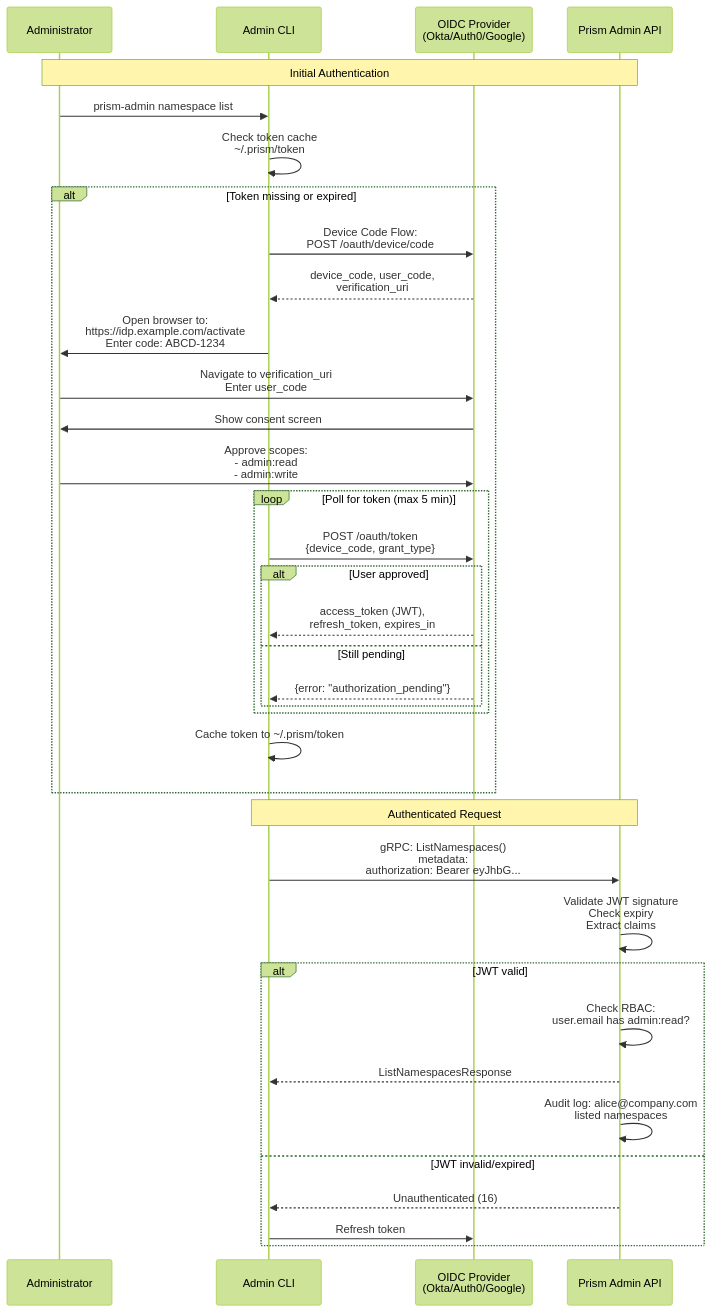
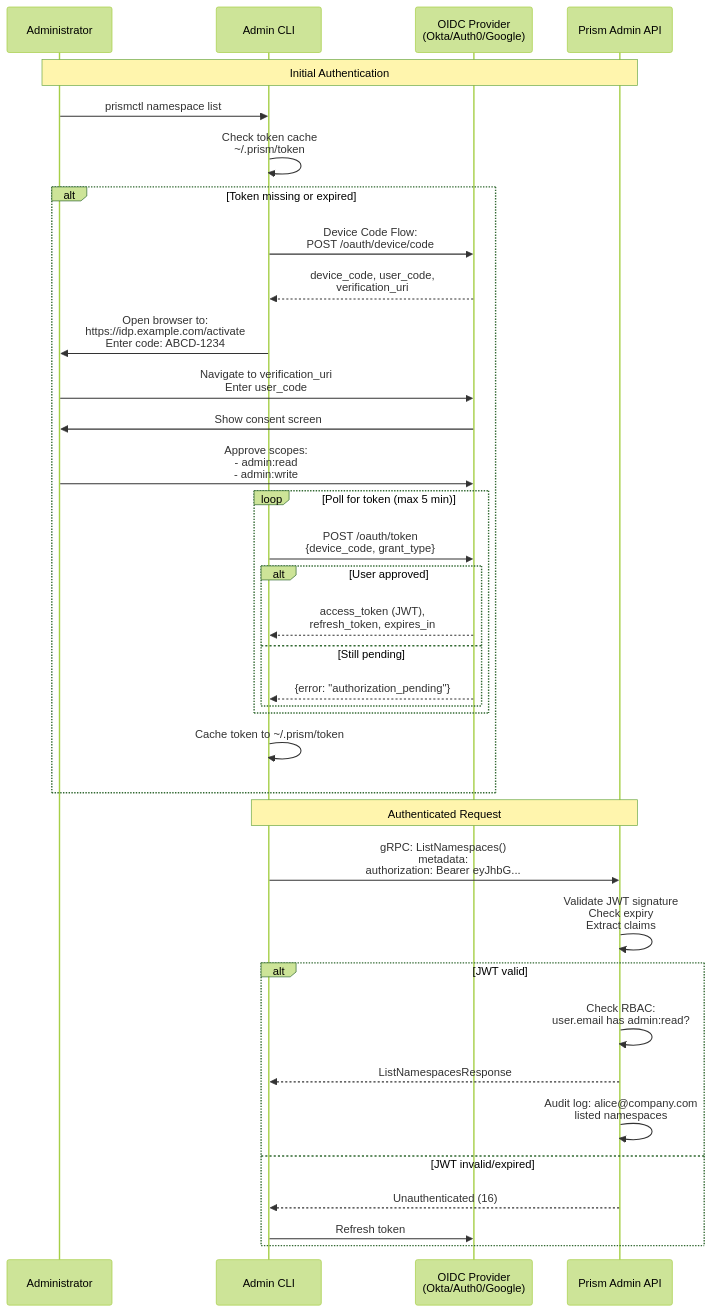
Before and after one commit to jrepp/prism-data-layer: the first of 5 diagrams in docs-cms/rfcs/RFC-010-admin-protocol-oidc.md, drawn with Mermaid (forest theme). The commit also changed other lines of this file and 2 other files, not shown here.

First line of the commit message:
Update admin CLI references to prismctl across documentation

````diff
--- a/docs-cms/rfcs/RFC-010-admin-protocol-oidc.md
+++ b/docs-cms/rfcs/RFC-010-admin-protocol-oidc.md
@@ -98,48 +98,48 @@
 ```mermaid
 sequenceDiagram
     participant Admin as Administrator
     participant CLI as Admin CLI
     participant OIDC as OIDC Provider<br/>(Okta/Auth0/Google)
     participant API as Prism Admin API
 
     Note over Admin,API: Initial Authentication
 
-    Admin->>CLI: prism-admin namespace list
+    Admin->>CLI: prismctl namespace list
     CLI->>CLI: Check token cache<br/>~/.prism/token
 
     alt Token missing or expired
         CLI->>OIDC: Device Code Flow:<br/>POST /oauth/device/code
         OIDC-->>CLI: device_code, user_code,<br/>verification_uri
 
         CLI->>Admin: Open browser to:<br/>https://idp.example.com/activate<br/>Enter code: ABCD-1234
 
         Admin->>OIDC: Navigate to verification_uri<br/>Enter user_code
         OIDC->>Admin: Show consent screen
         Admin->>OIDC: Approve scopes:<br/>- admin:read<br/>- admin:write
 
         loop Poll for token (max 5 min)
             CLI->>OIDC: POST /oauth/token<br/>{device_code, grant_type}
             alt User approved
                 OIDC-->>CLI: access_token (JWT),<br/>refresh_token, expires_in
             else Still pending
                 OIDC-->>CLI: {error: "authorization_pending"}
             end
         end
 
         CLI->>CLI: Cache token to ~/.prism/token
     end
 
     Note over CLI,API: Authenticated Request
 
     CLI->>API: gRPC: ListNamespaces()<br/>metadata:<br/>  authorization: Bearer eyJhbG...
     API->>API: Validate JWT signature<br/>Check expiry<br/>Extract claims
 
     alt JWT valid
         API->>API: Check RBAC:<br/>user.email has admin:read?
         API-->>CLI: ListNamespacesResponse
         API->>API: Audit log: alice@company.com<br/>listed namespaces
     else JWT invalid/expired
         API-->>CLI: Unauthenticated (16)
         CLI->>OIDC: Refresh token
     end
 ```
````
